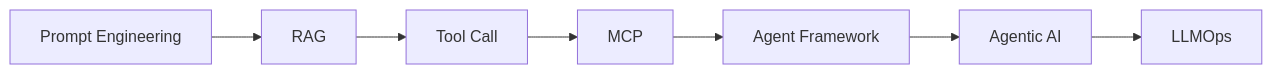
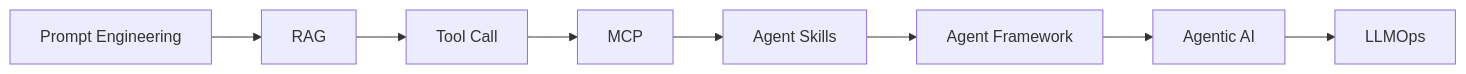
The first of 5 diagrams in README.md (simjaecheol/all-about-llm), drawn with Mermaid before and after one commit. The commit also changed other lines of this file and 2 other files, not shown here.

Commit message:
docs: expand agent skills documentation and highlight its importance vs MCP

````diff
--- a/README.md
+++ b/README.md
@@ -16,9 +16,10 @@
 ```mermaid
 flowchart LR
     A[Prompt Engineering] --> B[RAG]
     B --> C[Tool Call]
     C --> D[MCP]
-    D --> E[Agent Framework]
-    E --> F[Agentic AI]
-    F --> G[LLMOps]
+    D --> E[Agent Skills]
+    E --> F[Agent Framework]
+    F --> G[Agentic AI]
+    G --> H[LLMOps]
 ```
````
